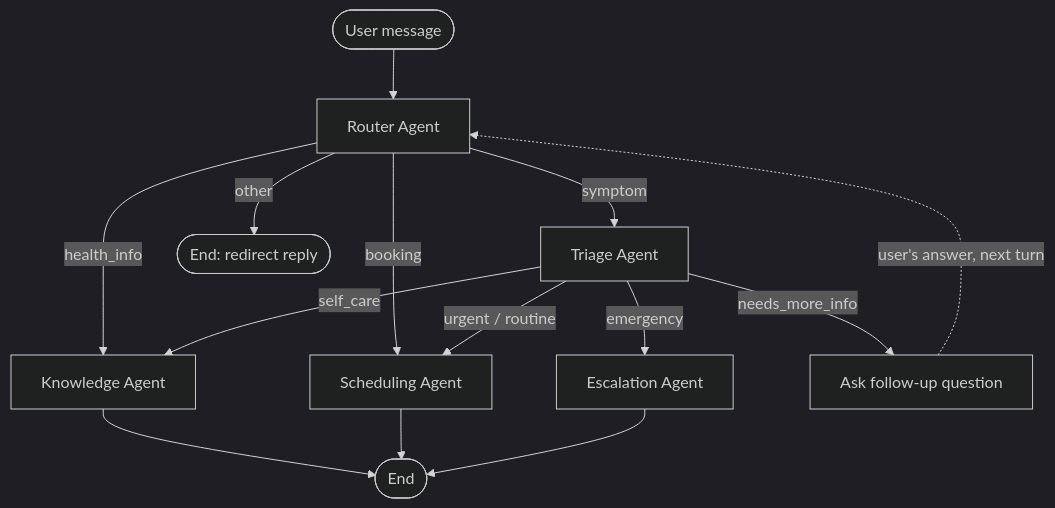
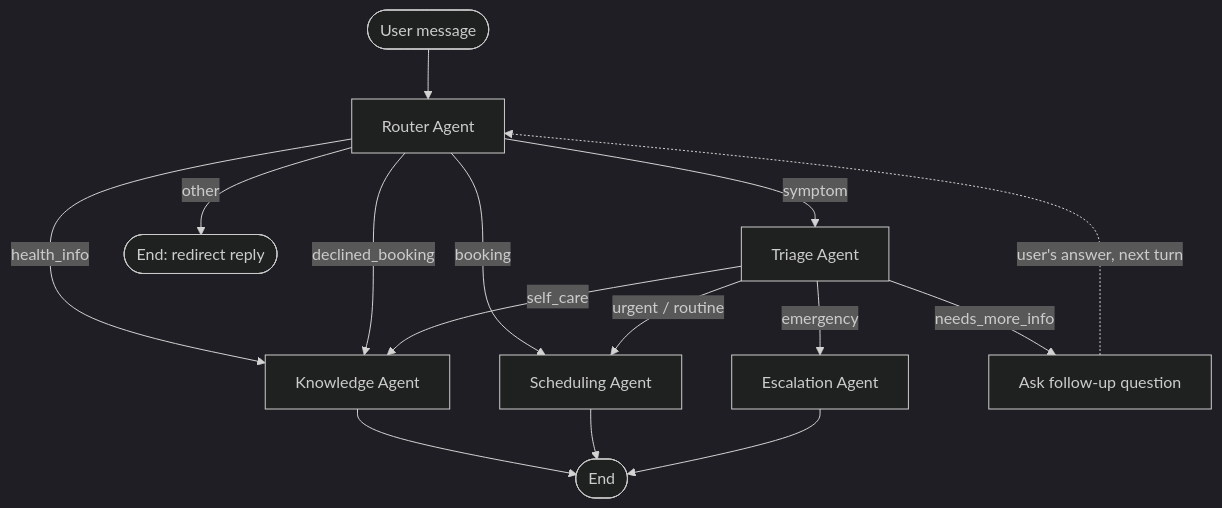
One commit to MASJV/ai-healthcare-triage-assistant changed the diagram in README.md. Above: the diagram before and after it, drawn with Mermaid (dark theme). The commit also changed other lines of this file and 3 other files, not shown here.

````diff
--- a/README.md
+++ b/README.md
@@ -44,18 +44,19 @@
 ```mermaid
 flowchart TD
     START([User message]) --> R[Router Agent]
     R -->|symptom| T[Triage Agent]
     R -->|health_info| K[Knowledge Agent]
     R -->|booking| S[Scheduling Agent]
     R -->|other| E1([End: redirect reply])
+    R -->|declined_booking| K
 
     T -->|emergency| X[Escalation Agent]
     T -->|urgent / routine| S
     T -->|self_care| K
     T -->|needs_more_info| Q[Ask follow-up question]
     Q -.->|user's answer, next turn| R
 
     K --> END([End])
     S --> END
     X --> END
 ```
````
